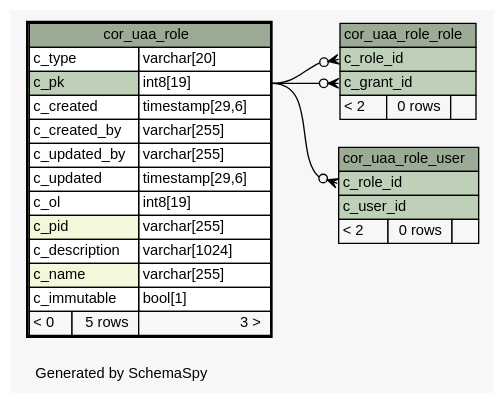
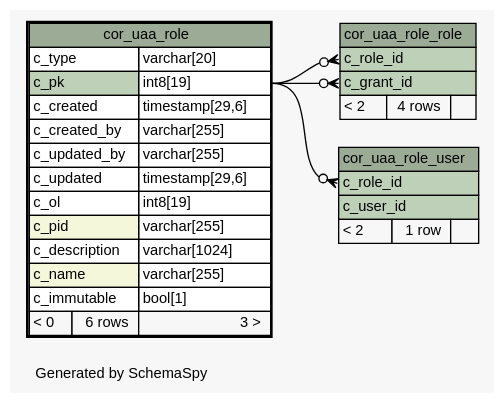
The diagram in 2.0.0-SNAPSHOT/schemaspy/diagrams/cor_uaa_role.1degree.dot (openwms/org.openwms.core.uaa), drawn with Graphviz before and after one commit. The commit also changed 237 other files, not shown here.

```diff
--- a/2.0.0-SNAPSHOT/schemaspy/diagrams/cor_uaa_role.1degree.dot
+++ b/2.0.0-SNAPSHOT/schemaspy/diagrams/cor_uaa_role.1degree.dot
@@ -1,67 +1,67 @@
-// dot 2.43.0 on Linux 5.15.0-1033-azure
+// dot 2.43.0 on Linux 5.15.0-1037-azure
 // SchemaSpy rev Unknown
 digraph "oneDegreeRelationshipsDiagram" {
   graph [
     rankdir="RL"
     bgcolor="#f7f7f7"
     label="\nGenerated by SchemaSpy"
     labeljust="l"
     nodesep="0.18"
     ranksep="0.46"
     fontname="Helvetica"
     fontsize="11"
   ];
   node [
     fontname="Helvetica"
     fontsize="11"
     shape="plaintext"
   ];
   edge [
     arrowsize="0.8"
   ];
   "cor_uaa_role_role":"c_grant_id":w -> "cor_uaa_role":"c_pk.type":e [arrowhead=none dir=back arrowtail=crowodot];
   "cor_uaa_role_role":"c_role_id":w -> "cor_uaa_role":"c_pk.type":e [arrowhead=none dir=back arrowtail=crowodot];
   "cor_uaa_role_user":"c_role_id":w -> "cor_uaa_role":"c_pk.type":e [arrowhead=none dir=back arrowtail=crowodot];
   "cor_uaa_role" [
     label=<
     <TABLE BORDER="2" CELLBORDER="1" CELLSPACING="0" BGCOLOR="#ffffff">
       <TR><TD COLSPAN="3" BGCOLOR="#9bab96" ALIGN="CENTER">cor_uaa_role</TD></TR>
       <TR><TD PORT="c_type" COLSPAN="2" ALIGN="LEFT">c_type</TD><TD PORT="c_type.type" ALIGN="LEFT">varchar[20]</TD></TR>
       <TR><TD PORT="c_pk" COLSPAN="2" BGCOLOR="#bed1b8" ALIGN="LEFT">c_pk</TD><TD PORT="c_pk.type" ALIGN="LEFT">int8[19]</TD></TR>
       <TR><TD PORT="c_created" COLSPAN="2" ALIGN="LEFT">c_created</TD><TD PORT="c_created.type" ALIGN="LEFT">timestamp[29,6]</TD></TR>
       <TR><TD PORT="c_created_by" COLSPAN="2" ALIGN="LEFT">c_created_by</TD><TD PORT="c_created_by.type" ALIGN="LEFT">varchar[255]</TD></TR>
       <TR><TD PORT="c_updated_by" COLSPAN="2" ALIGN="LEFT">c_updated_by</TD><TD PORT="c_updated_by.type" ALIGN="LEFT">varchar[255]</TD></TR>
       <TR><TD PORT="c_updated" COLSPAN="2" ALIGN="LEFT">c_updated</TD><TD PORT="c_updated.type" ALIGN="LEFT">timestamp[29,6]</TD></TR>
       <TR><TD PORT="c_ol" COLSPAN="2" ALIGN="LEFT">c_ol</TD><TD PORT="c_ol.type" ALIGN="LEFT">int8[19]</TD></TR>
       <TR><TD PORT="c_pid" COLSPAN="2" BGCOLOR="#f4f7da" ALIGN="LEFT">c_pid</TD><TD PORT="c_pid.type" ALIGN="LEFT">varchar[255]</TD></TR>
       <TR><TD PORT="c_description" COLSPAN="2" ALIGN="LEFT">c_description</TD><TD PORT="c_description.type" ALIGN="LEFT">varchar[1024]</TD></TR>
       <TR><TD PORT="c_name" COLSPAN="2" BGCOLOR="#f4f7da" ALIGN="LEFT">c_name</TD><TD PORT="c_name.type" ALIGN="LEFT">varchar[255]</TD></TR>
       <TR><TD PORT="c_immutable" COLSPAN="2" ALIGN="LEFT">c_immutable</TD><TD PORT="c_immutable.type" ALIGN="LEFT">bool[1]</TD></TR>
-      <TR><TD ALIGN="LEFT" BGCOLOR="#f7f7f7">&lt; 0</TD><TD ALIGN="RIGHT" BGCOLOR="#f7f7f7">5 rows</TD><TD ALIGN="RIGHT" BGCOLOR="#f7f7f7">3 &gt;</TD></TR>
+      <TR><TD ALIGN="LEFT" BGCOLOR="#f7f7f7">&lt; 0</TD><TD ALIGN="RIGHT" BGCOLOR="#f7f7f7">6 rows</TD><TD ALIGN="RIGHT" BGCOLOR="#f7f7f7">3 &gt;</TD></TR>
     </TABLE>>
     URL="cor_uaa_role.html"
     tooltip="cor_uaa_role"
   ];
   "cor_uaa_role_role" [
     label=<
     <TABLE BORDER="0" CELLBORDER="1" CELLSPACING="0" BGCOLOR="#ffffff">
       <TR><TD COLSPAN="3" BGCOLOR="#9bab96" ALIGN="CENTER">cor_uaa_role_role</TD></TR>
       <TR><TD PORT="c_role_id" COLSPAN="3" BGCOLOR="#bed1b8" ALIGN="LEFT">c_role_id</TD></TR>
       <TR><TD PORT="c_grant_id" COLSPAN="3" BGCOLOR="#bed1b8" ALIGN="LEFT">c_grant_id</TD></TR>
-      <TR><TD ALIGN="LEFT" BGCOLOR="#f7f7f7">&lt; 2</TD><TD ALIGN="RIGHT" BGCOLOR="#f7f7f7">0 rows</TD><TD ALIGN="RIGHT" BGCOLOR="#f7f7f7">  </TD></TR>
+      <TR><TD ALIGN="LEFT" BGCOLOR="#f7f7f7">&lt; 2</TD><TD ALIGN="RIGHT" BGCOLOR="#f7f7f7">4 rows</TD><TD ALIGN="RIGHT" BGCOLOR="#f7f7f7">  </TD></TR>
     </TABLE>>
     URL="cor_uaa_role_role.html"
     tooltip="cor_uaa_role_role"
   ];
   "cor_uaa_role_user" [
     label=<
     <TABLE BORDER="0" CELLBORDER="1" CELLSPACING="0" BGCOLOR="#ffffff">
       <TR><TD COLSPAN="3" BGCOLOR="#9bab96" ALIGN="CENTER">cor_uaa_role_user</TD></TR>
       <TR><TD PORT="c_role_id" COLSPAN="3" BGCOLOR="#bed1b8" ALIGN="LEFT">c_role_id</TD></TR>
       <TR><TD PORT="c_user_id" COLSPAN="3" BGCOLOR="#bed1b8" ALIGN="LEFT">c_user_id</TD></TR>
-      <TR><TD ALIGN="LEFT" BGCOLOR="#f7f7f7">&lt; 2</TD><TD ALIGN="RIGHT" BGCOLOR="#f7f7f7">0 rows</TD><TD ALIGN="RIGHT" BGCOLOR="#f7f7f7">  </TD></TR>
+      <TR><TD ALIGN="LEFT" BGCOLOR="#f7f7f7">&lt; 2</TD><TD ALIGN="RIGHT" BGCOLOR="#f7f7f7">1 row</TD><TD ALIGN="RIGHT" BGCOLOR="#f7f7f7">  </TD></TR>
     </TABLE>>
     URL="cor_uaa_role_user.html"
     tooltip="cor_uaa_role_user"
   ];
 }
```
